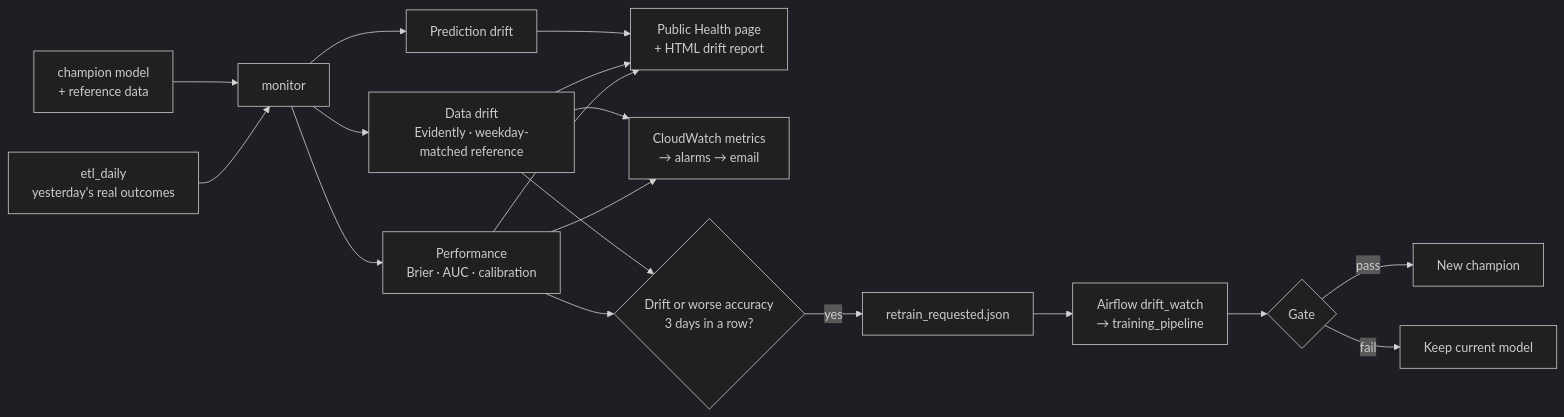
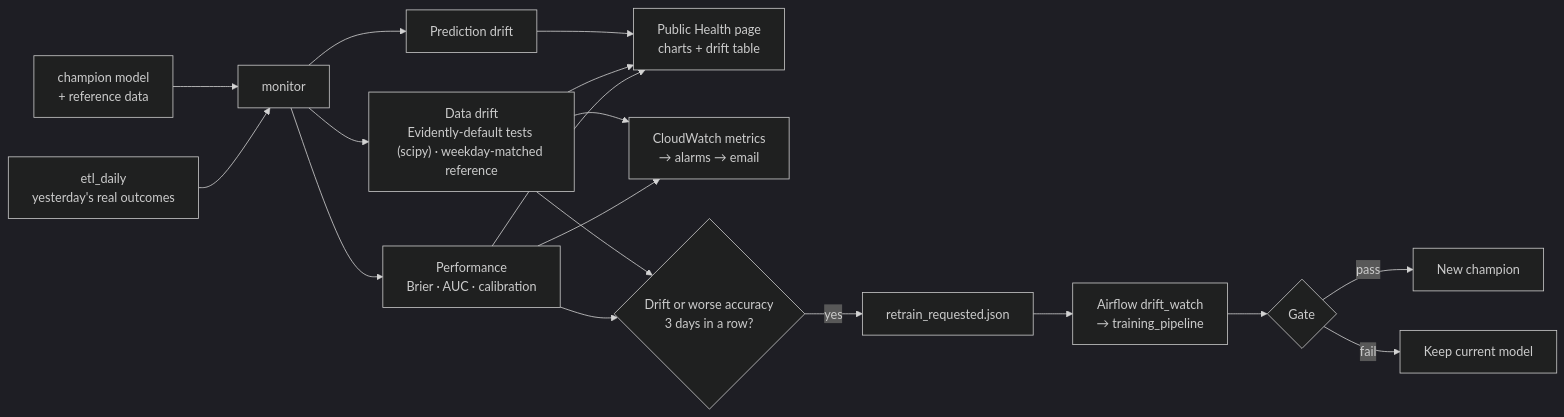
Before and after one commit to piyal21/Puenktlich-mlops-project: the sixth of 8 diagrams in README.md, drawn with Mermaid (dark theme). The commit also changed other lines of this file and 5 other files, not shown here.

Commit message:
docs(phase-9): rules, ADR 0003, architecture, runbook

````diff
--- a/README.md
+++ b/README.md
@@ -190,16 +190,16 @@
 ```mermaid
 flowchart LR
   A["etl_daily<br/>yesterday's real outcomes"] --> B["monitor"]
   M["champion model<br/>+ reference data"] --> B
   B --> P["Performance<br/>Brier · AUC · calibration"]
-  B --> D["Data drift<br/>Evidently · weekday-matched reference"]
+  B --> D["Data drift<br/>Evidently-default tests (scipy) · weekday-matched reference"]
   B --> R["Prediction drift"]
-  P & D & R --> PUB["Public Health page<br/>+ HTML drift report"]
+  P & D & R --> PUB["Public Health page<br/>charts + drift table"]
   P & D --> CW["CloudWatch metrics<br/>→ alarms → email"]
   P & D --> T{"Drift or worse accuracy<br/>3 days in a row?"}
   T -- yes --> FLAG["retrain_requested.json"]
   FLAG --> AF["Airflow drift_watch<br/>→ training_pipeline"]
   AF --> G{"Gate"}
   G -- pass --> NEW["New champion"]
   G -- fail --> KEEP["Keep current model"]
 ```
````
